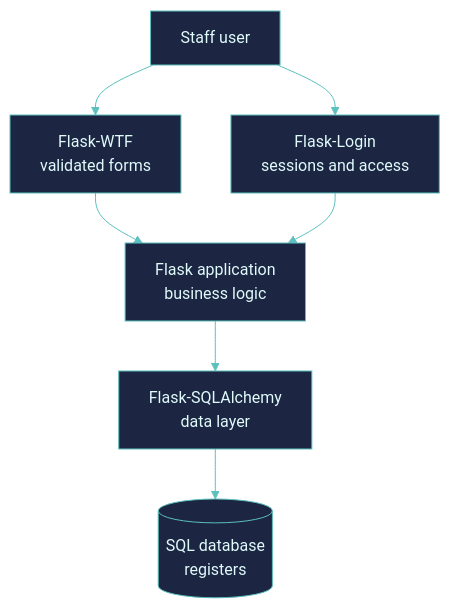
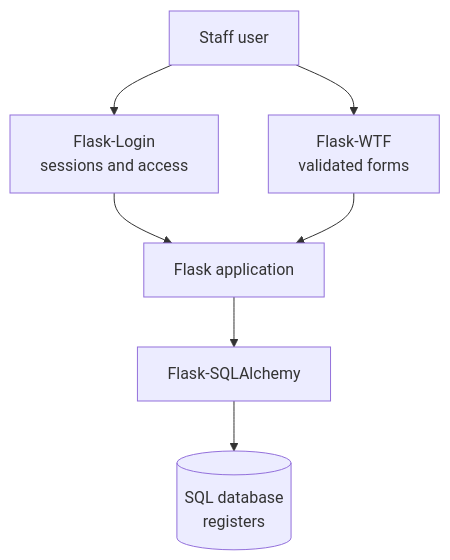
Before and after one commit to NezhaIdrissi/NezhaIdrissi-: the third of 3 diagrams in README.md, drawn with Mermaid. The commit also changed other lines of this file, not shown here.

````diff
--- a/README.md
+++ b/README.md
@@ -108,10 +140,9 @@
 ```mermaid
-%%{init: {'theme':'base','themeVariables':{'primaryColor':'#1c2541','primaryTextColor':'#e0fbfc','primaryBorderColor':'#5bc0be','lineColor':'#5bc0be','secondaryColor':'#3a506b','tertiaryColor':'#0b132b','fontFamily':'monospace'}}}%%
 flowchart TB
-    U["Staff user"] --> W["Flask-WTF<br/>validated forms"]
-    U --> L["Flask-Login<br/>sessions and access"]
-    W --> F["Flask application<br/>business logic"]
-    L --> F
-    F --> O["Flask-SQLAlchemy<br/>data layer"]
+    U["Staff user"] --> L["Flask-Login<br/>sessions and access"]
+    U --> W["Flask-WTF<br/>validated forms"]
+    L --> F["Flask application"]
+    W --> F
+    F --> O["Flask-SQLAlchemy"]
     O --> D[("SQL database<br/>registers")]
 ```
````
